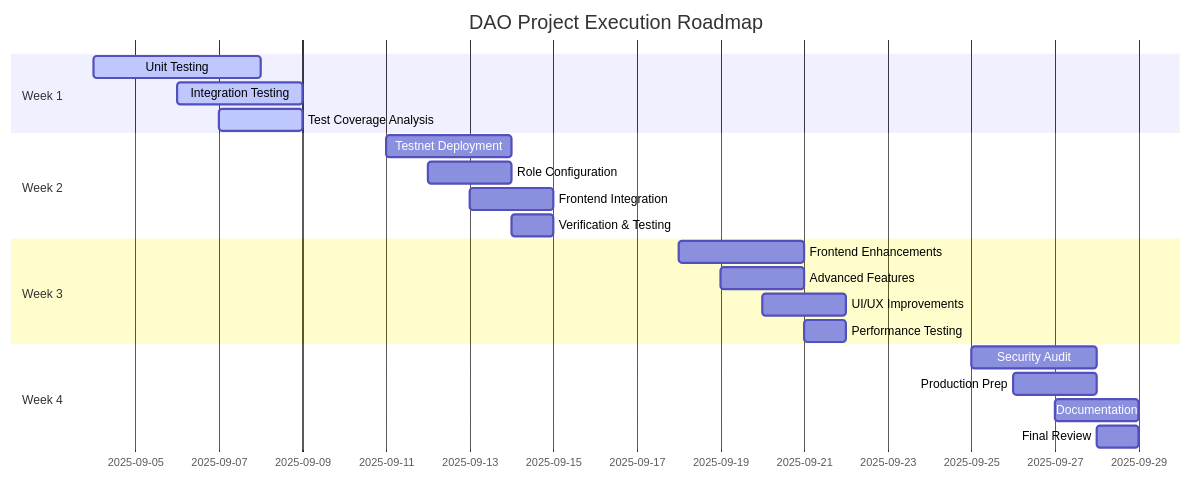
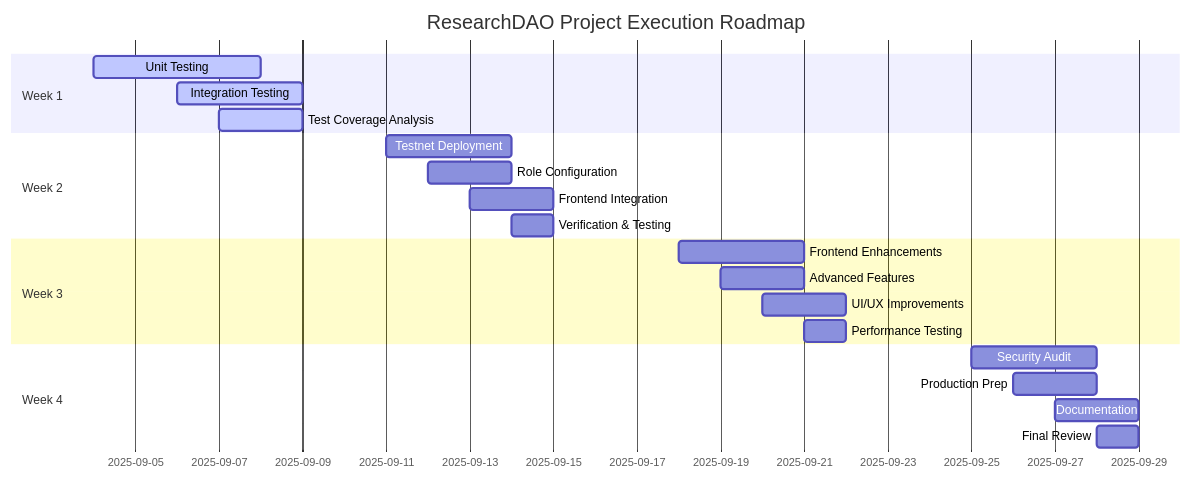
One commit to AryaSingh22/DAO-Governance-Dapp changed the diagram in PROJECT_ROADMAP.md. Above: the diagram before and after it, drawn with Mermaid. The commit also changed other lines of this file and 86 other files, not shown here.

Commit message:
Update DAO project with Research features and enhancements

````diff
--- a/PROJECT_ROADMAP.md
+++ b/PROJECT_ROADMAP.md
@@ -5,27 +5,27 @@
 ```mermaid
 gantt
-    title DAO Project Execution Roadmap
+    title ResearchDAO Project Execution Roadmap
     dateFormat  YYYY-MM-DD
     section Week 1
     Unit Testing           :active, 2025-09-04, 4d
     Integration Testing    :active, 2025-09-06, 3d
     Test Coverage Analysis :active, 2025-09-07, 2d
     
     section Week 2
     Testnet Deployment     :2025-09-11, 3d
     Role Configuration     :2025-09-12, 2d
     Frontend Integration   :2025-09-13, 2d
     Verification & Testing :2025-09-14, 1d
     
     section Week 3
     Frontend Enhancements  :2025-09-18, 3d
     Advanced Features      :2025-09-19, 2d
     UI/UX Improvements     :2025-09-20, 2d
     Performance Testing    :2025-09-21, 1d
     
     section Week 4
     Security Audit         :2025-09-25, 3d
     Production Prep        :2025-09-26, 2d
     Documentation          :2025-09-27, 2d
     Final Review           :2025-09-28, 1d
 ```
````
